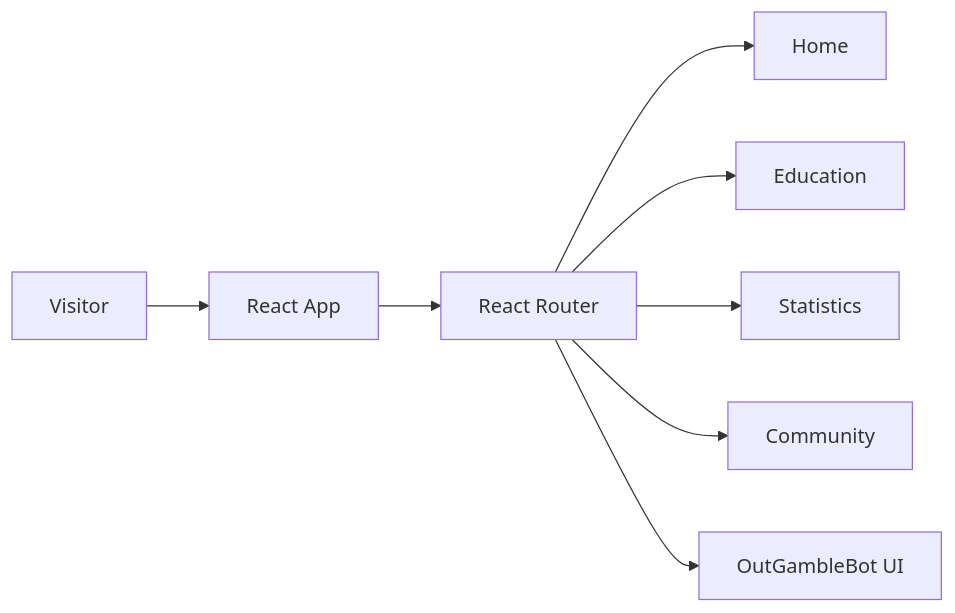
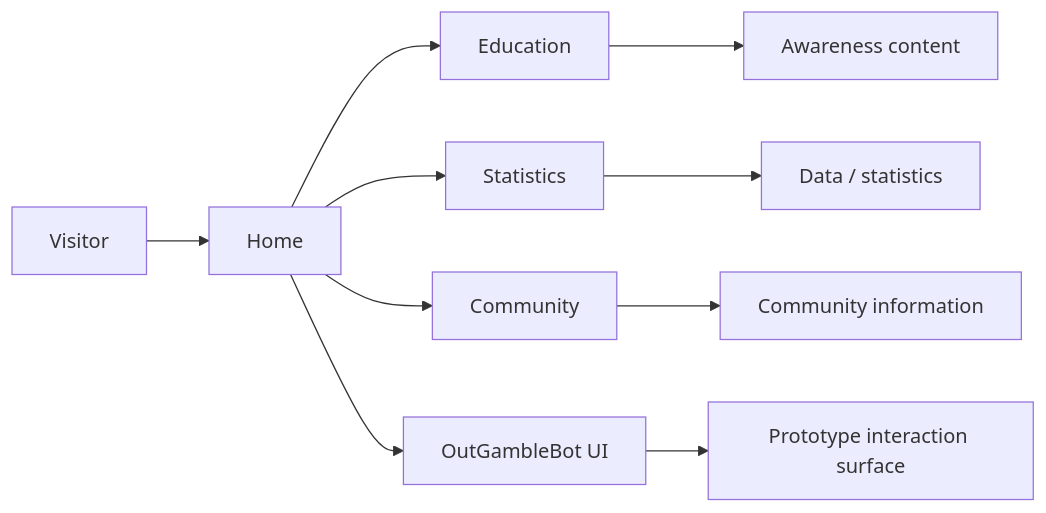
The first of 6 diagrams in docs/development-pipeline.md (HidayahMF/OutGamble), drawn with Mermaid before and after one commit. The commit also changed other lines of this file, not shown here.

````diff
--- a/docs/development-pipeline.md
+++ b/docs/development-pipeline.md
@@ -9,10 +20,13 @@
 ```mermaid
 flowchart LR
-    U[Visitor] --> A[React App]
-    A --> R[React Router]
-    R --> HOME[Home]
-    R --> EDU[Education]
-    R --> STAT[Statistics]
-    R --> COM[Community]
-    R --> BOT[OutGambleBot UI]
+    V[Visitor] --> HOME[Home]
+    HOME --> EDU[Education]
+    HOME --> STAT[Statistics]
+    HOME --> COM[Community]
+    HOME --> BOT[OutGambleBot UI]
+
+    EDU --> LEARN[Awareness content]
+    STAT --> FACTS[Data / statistics]
+    COM --> SUPPORT[Community information]
+    BOT --> PROTO[Prototype interaction surface]
 ```
````
